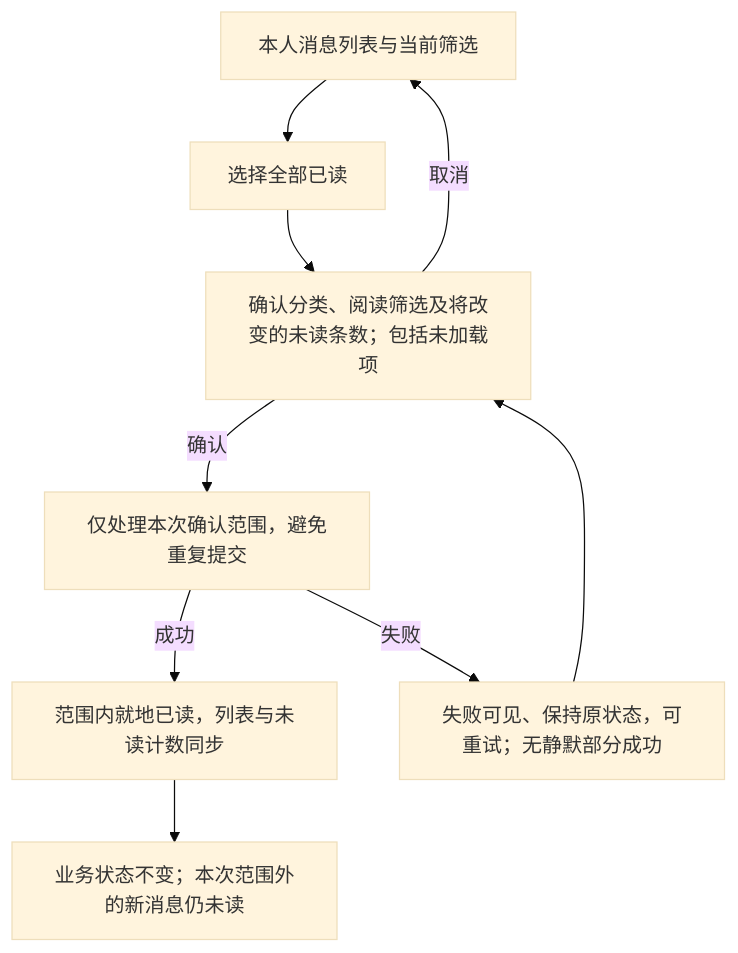
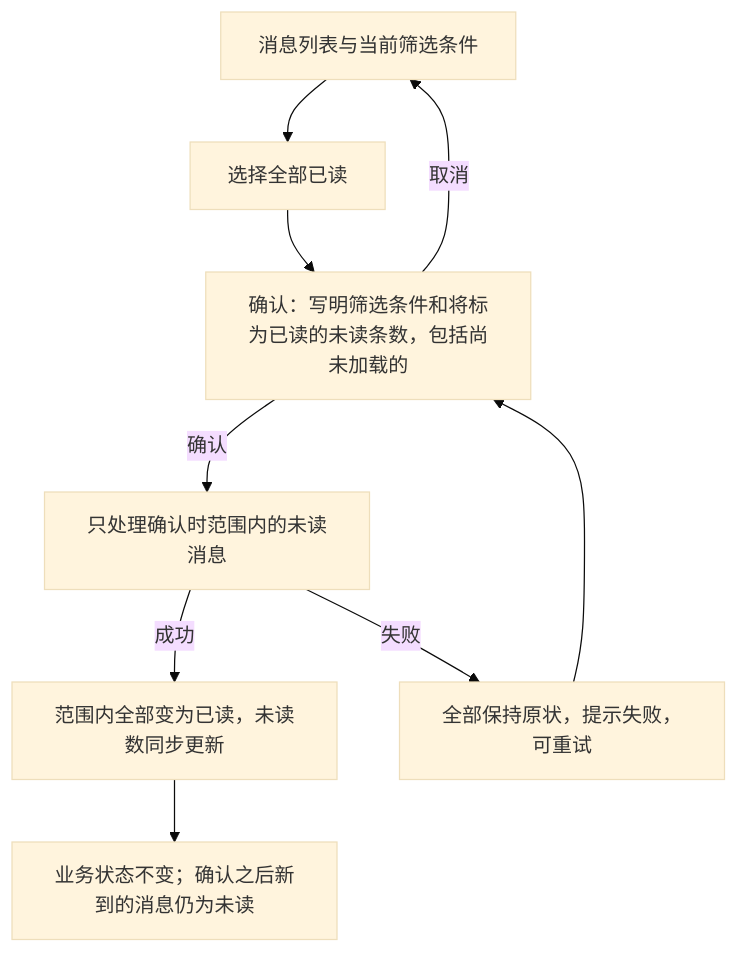
One commit to wxblockchain/Chain-Financing changed the third of 8 diagrams in lending-platform/PRD/面客端/10-面客消息中心/02-面客消息中心-流程图与状态机.md. Above: the diagram before and after it, drawn with Mermaid (base theme). The commit also changed other lines of this file and 6 other files, not shown here.

````diff
--- a/lending-platform/PRD/面客端/10-面客消息中心/02-面客消息中心-流程图与状态机.md
+++ b/lending-platform/PRD/面客端/10-面客消息中心/02-面客消息中心-流程图与状态机.md
@@ -80,11 +71,11 @@
 ```mermaid
 flowchart TD
-    A["本人消息列表与当前筛选"] --> B["选择全部已读"]
-    B --> C["确认分类、阅读筛选及将改变的未读条数；包括未加载项"]
+    A["消息列表与当前筛选条件"] --> B["选择全部已读"]
+    B --> C["确认：写明筛选条件和将标为已读的未读条数，包括尚未加载的"]
     C -->|取消| A
-    C -->|确认| D["仅处理本次确认范围，避免重复提交"]
-    D -->|成功| E["范围内就地已读，列表与未读计数同步"]
-    D -->|失败| F["失败可见、保持原状态，可重试；无静默部分成功"]
+    C -->|确认| D["只处理确认时范围内的未读消息"]
+    D -->|成功| E["范围内全部变为已读，未读数同步更新"]
+    D -->|失败| F["全部保持原状，提示失败，可重试"]
     F --> C
-    E --> G["业务状态不变；本次范围外的新消息仍未读"]
+    E --> G["业务状态不变；确认之后新到的消息仍为未读"]
 ```
````
